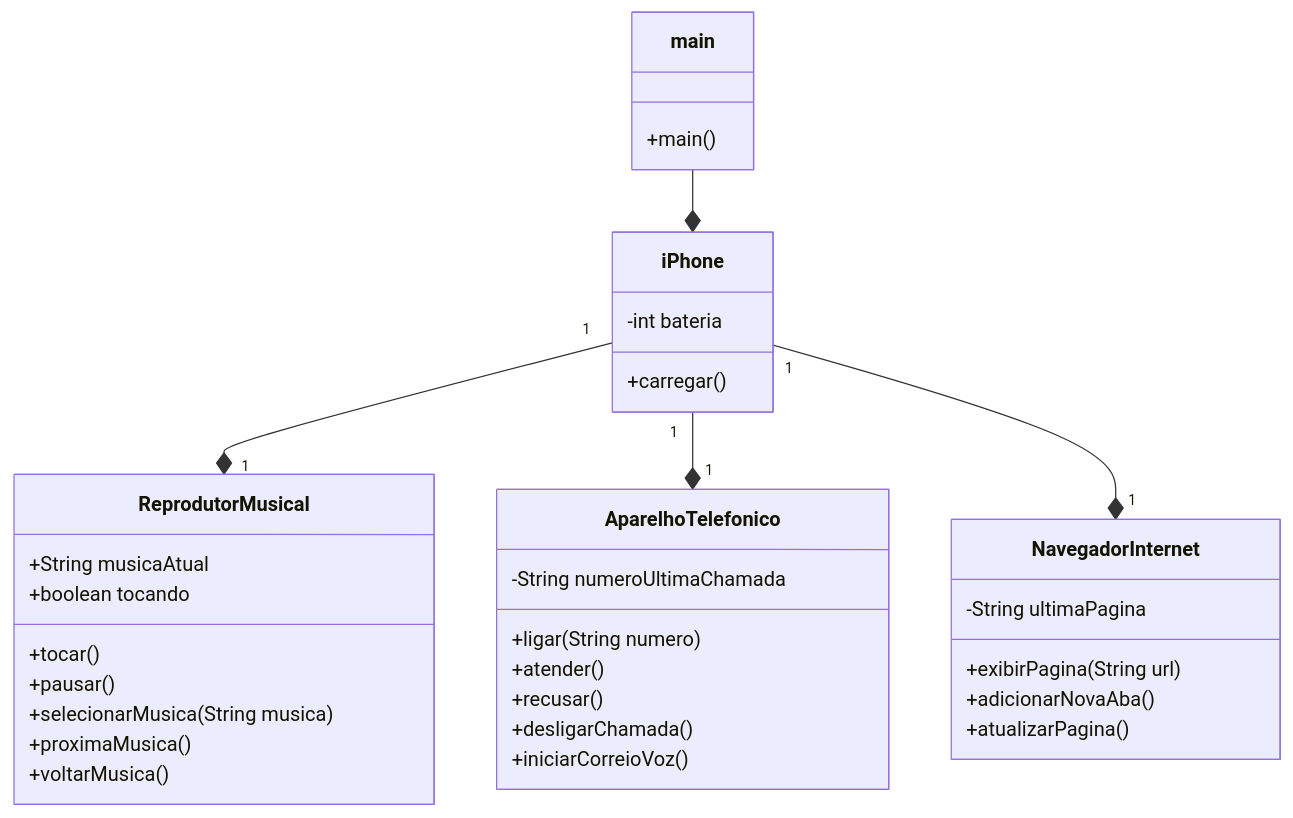
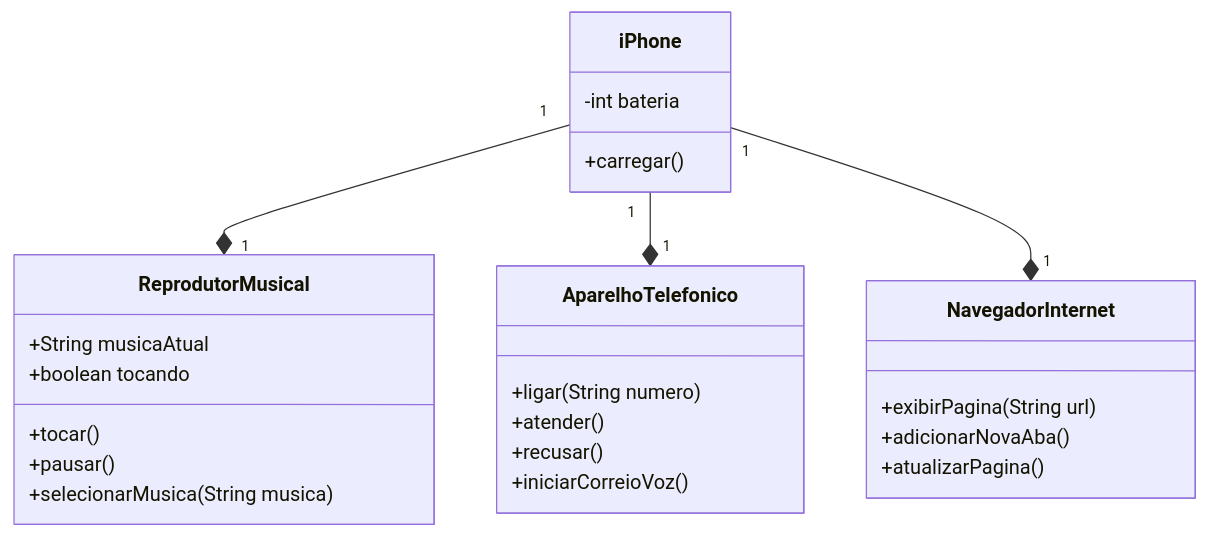
The diagram in Estudos/DIO/Java Basico/iPhone/README.md (ddmazv/Estudos-Desafios), drawn with Mermaid before and after one commit.

Commit message:
atualização readme

````diff
--- a/Estudos/DIO/Java Basico/iPhone/README.md
+++ b/Estudos/DIO/Java Basico/iPhone/README.md
@@ -4,34 +4,29 @@
 ```mermaid
 classDiagram
-    main --* iPhone
-    main: +main()
     iPhone "1" --* "1"ReprodutorMusical
     iPhone "1" --* "1" AparelhoTelefonico
     iPhone "1" --* "1" NavegadorInternet
     iPhone : -int bateria
     iPhone: +carregar()
 
     class ReprodutorMusical{
       +String musicaAtual
       +boolean tocando
       +tocar()
       +pausar()
       +selecionarMusica(String musica)
-      +proximaMusica()
-      +voltarMusica()
     }
     class AparelhoTelefonico{
-      -String  numeroUltimaChamada
+     
       +ligar(String numero)
       +atender()
       +recusar()
-      +desligarChamada()
       +iniciarCorreioVoz()
     }
     class NavegadorInternet{
-      -String ultimaPagina
+ 
       +exibirPagina(String url)
       +adicionarNovaAba()
       +atualizarPagina()
     }
 ```
````
